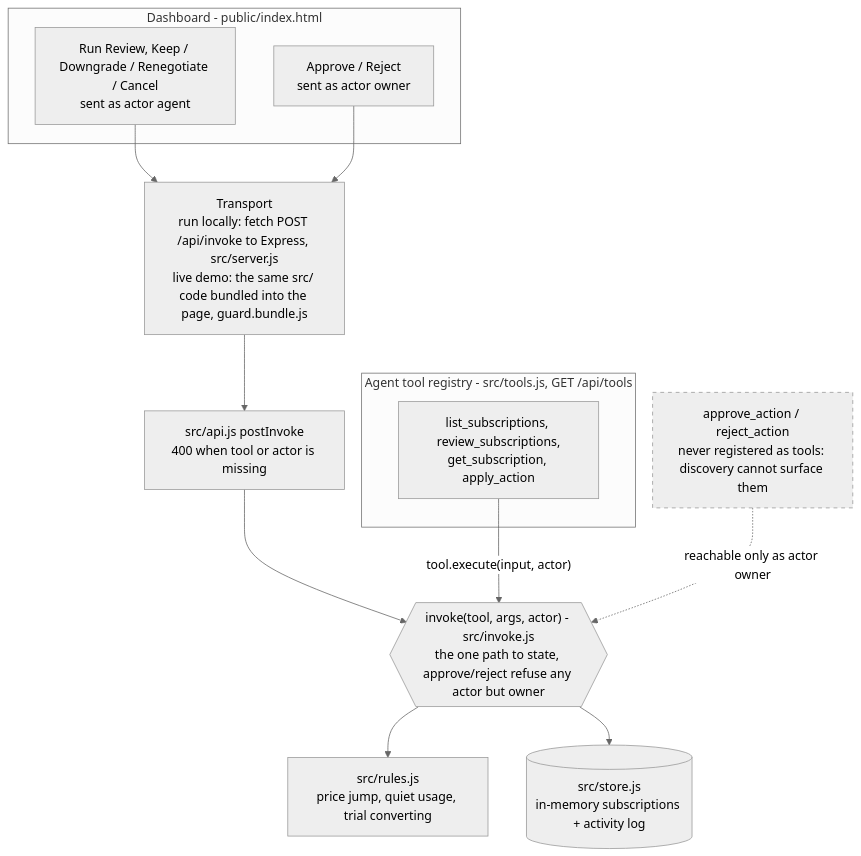
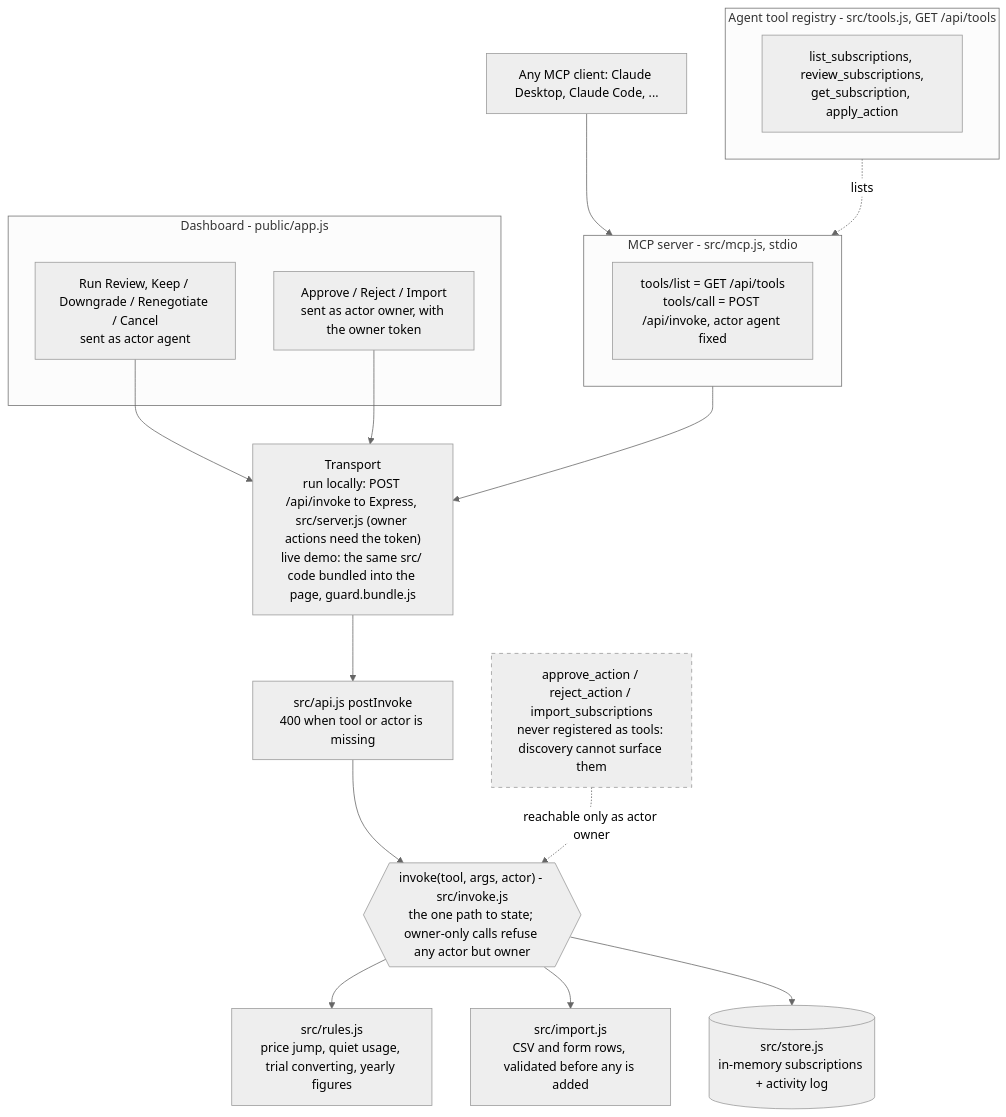
One commit to guptachetan1995/hack47-offgrid changed the diagram in README.md. Above: the diagram before and after it, drawn with Mermaid (neutral theme). The commit also changed other lines of this file and 34 other files, not shown here.

Commit message:
MCP front end with a recorded Claude session, bring-your-own subscriptions, owner token, sticky keep

````diff
--- a/README.md
+++ b/README.md
@@ -58,22 +184,28 @@
 ```mermaid
 flowchart TD
-  subgraph DASH["Dashboard - public/index.html"]
+  subgraph DASH["Dashboard - public/app.js"]
     B1["Run Review, Keep / Downgrade / Renegotiate / Cancel<br/>sent as actor agent"]
-    B2["Approve / Reject<br/>sent as actor owner"]
+    B2["Approve / Reject / Import<br/>sent as actor owner, with the owner token"]
+  end
+  subgraph MCPS["MCP server - src/mcp.js, stdio"]
+    M1["tools/list = GET /api/tools<br/>tools/call = POST /api/invoke, actor agent fixed"]
   end
   subgraph REG["Agent tool registry - src/tools.js, GET /api/tools"]
     T1["list_subscriptions, review_subscriptions,<br/>get_subscription, apply_action"]
   end
-  NOTREG["approve_action / reject_action<br/>never registered as tools: discovery cannot surface them"]
+  NOTREG["approve_action / reject_action / import_subscriptions<br/>never registered as tools: discovery cannot surface them"]
+  LLM["Any MCP client: Claude Desktop, Claude Code, ..."] --> MCPS
   B1 --> TR
   B2 --> TR
-  TR["Transport<br/>run locally: fetch POST /api/invoke to Express, src/server.js<br/>live demo: the same src/ code bundled into the page, guard.bundle.js"]
+  MCPS --> TR
+  REG -.->|"lists"| MCPS
+  TR["Transport<br/>run locally: POST /api/invoke to Express, src/server.js (owner actions need the token)<br/>live demo: the same src/ code bundled into the page, guard.bundle.js"]
   TR --> API["src/api.js postInvoke<br/>400 when tool or actor is missing"]
   API --> INV
-  T1 -->|"tool.execute(input, actor)"| INV
-  INV{{"invoke(tool, args, actor) - src/invoke.js<br/>the one path to state, approve/reject refuse any actor but owner"}}
-  INV --> RULES["src/rules.js<br/>price jump, quiet usage, trial converting"]
+  INV{{"invoke(tool, args, actor) - src/invoke.js<br/>the one path to state; owner-only calls refuse any actor but owner"}}
+  INV --> RULES["src/rules.js<br/>price jump, quiet usage, trial converting, yearly figures"]
+  INV --> IMPORT["src/import.js<br/>CSV and form rows, validated before any is added"]
   INV --> STORE[("src/store.js<br/>in-memory subscriptions + activity log")]
   NOTREG -.->|"reachable only as actor owner"| INV
   style NOTREG stroke-dasharray: 5 5
 ```
````
